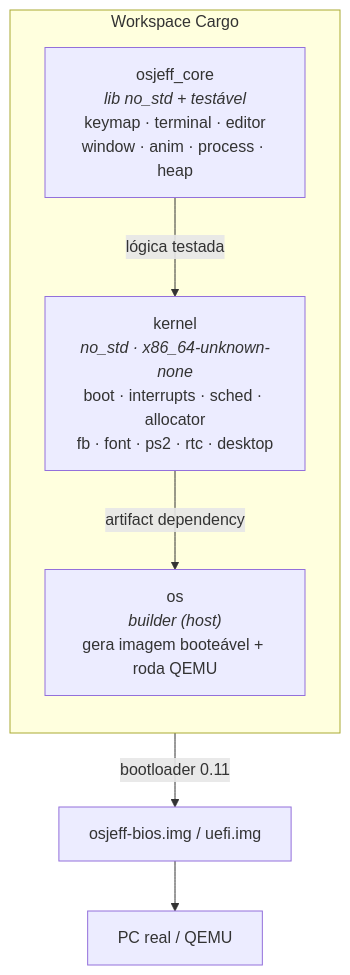
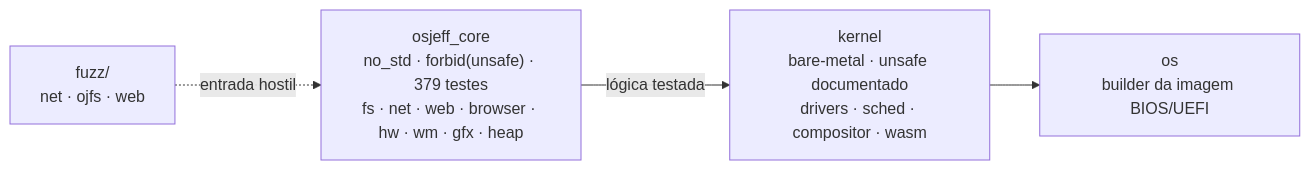
One commit to Jeffinp/OSjeff changed the diagram in README.md. Above: the diagram before and after it, drawn with Mermaid. The commit also changed other lines of this file and 1 other file, not shown here.

First line of the commit message:
docs: rewrite README (PT/EN) to match the real system

````diff
--- a/README.md
+++ b/README.md
@@ -64,13 +91,9 @@
 ```mermaid
-flowchart TB
-    subgraph WS["Workspace Cargo"]
-        direction TB
-        CORE["osjeff_core<br/><i>lib no_std + testável</i><br/>keymap · terminal · editor<br/>window · anim · process · heap"]
-        KERNEL["kernel<br/><i>no_std · x86_64-unknown-none</i><br/>boot · interrupts · sched · allocator<br/>fb · font · ps2 · rtc · desktop"]
-        OS["os<br/><i>builder (host)</i><br/>gera imagem booteável + roda QEMU"]
-    end
-    CORE -->|"lógica testada"| KERNEL
-    KERNEL -->|"artifact dependency"| OS
-    OS -->|"bootloader 0.11"| IMG["osjeff-bios.img / uefi.img"]
-    IMG --> HW["PC real / QEMU"]
+flowchart LR
+    CORE["osjeff_core<br/>no_std · forbid(unsafe) · 379 testes<br/>fs · net · web · browser · hw · wm · gfx · heap"]
+    KERNEL["kernel<br/>bare-metal · unsafe documentado<br/>drivers · sched · compositor · wasm"]
+    OS["os<br/>builder da imagem BIOS/UEFI"]
+    FUZZ["fuzz/<br/>net · ojfs · web"]
+    CORE -->|lógica testada| KERNEL --> OS
+    FUZZ -.->|entrada hostil| CORE
 ```
````
